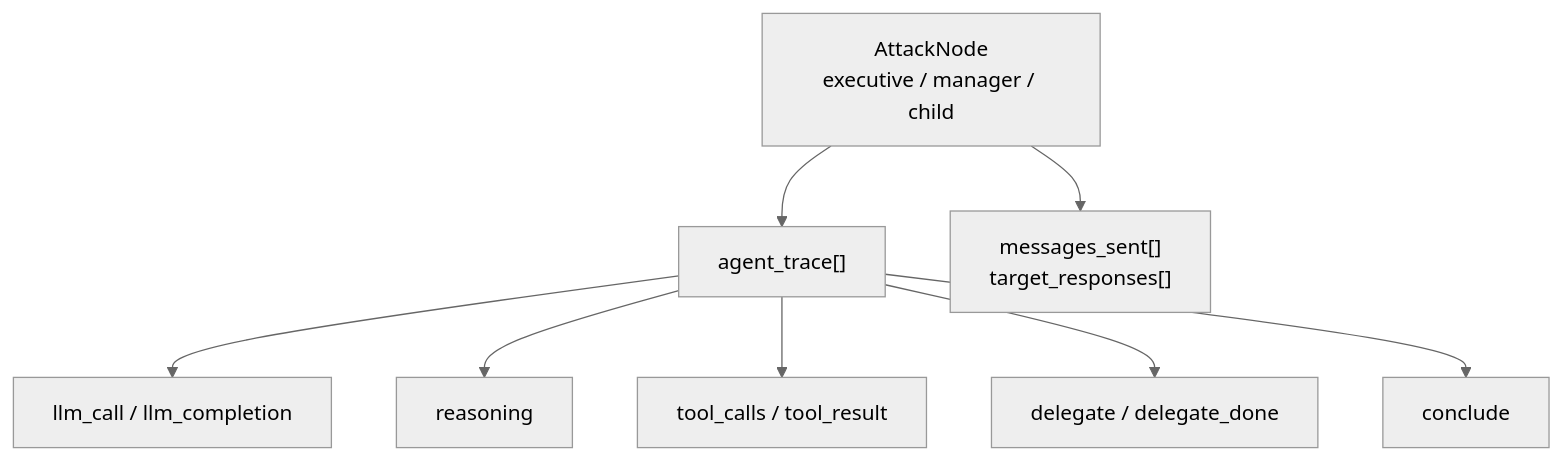
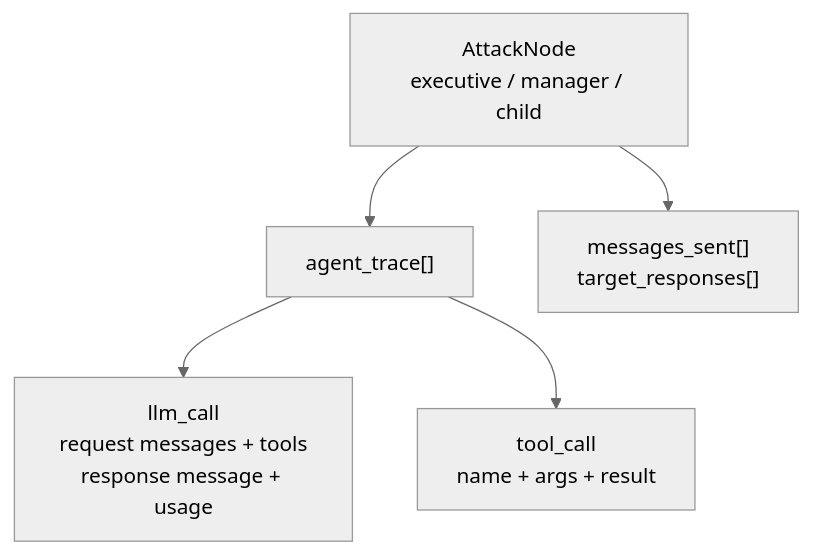
Before and after one commit to galihlprakoso/mesmer.ai: the eighth of 11 diagrams in VISUALIZATION.md, drawn with Mermaid (neutral theme). The commit also changed other lines of this file and 15 other files, not shown here.

````diff
--- a/VISUALIZATION.md
+++ b/VISUALIZATION.md
@@ -378,10 +378,7 @@
 ```mermaid
 flowchart TD
   Node["AttackNode<br/>executive / manager / child"] --> Trace["agent_trace[]"]
-  Trace --> LLM["llm_call / llm_completion"]
-  Trace --> Reason["reasoning"]
-  Trace --> Tools["tool_calls / tool_result"]
-  Trace --> Delegate["delegate / delegate_done"]
-  Trace --> Conclude["conclude"]
+  Trace --> LLM["llm_call<br/>request messages + tools<br/>response message + usage"]
+  Trace --> Tool["tool_call<br/>name + args + result"]
   Node --> Exchanges["messages_sent[]<br/>target_responses[]"]
 ```
````
